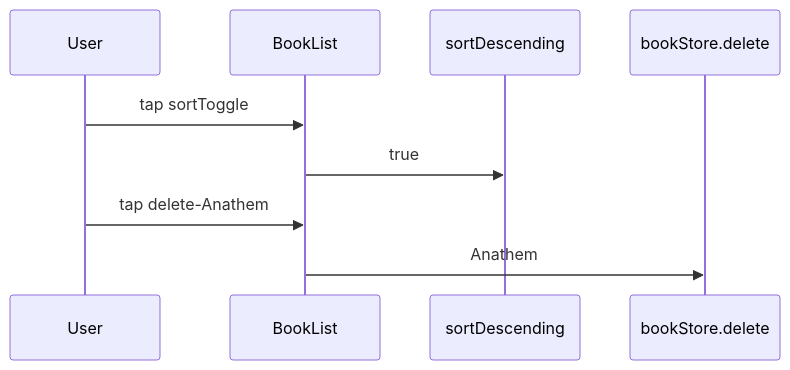
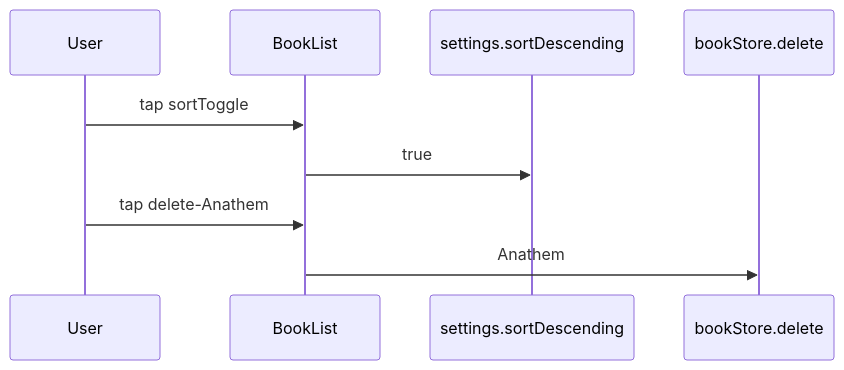
Before and after one commit to sisoje/hypermodular: the diagram in hypermodular/scripts/fixtures/clean/ReadingListScreen/BookList/MAP.md, drawn with Mermaid. The commit also changed 44 other files, not shown here.

````diff
--- a/hypermodular/scripts/fixtures/clean/ReadingListScreen/BookList/MAP.md
+++ b/hypermodular/scripts/fixtures/clean/ReadingListScreen/BookList/MAP.md
@@ -3,9 +3,9 @@
 ```mermaid
 %% Evidence: BookList · Parent: ReadingListScreen (../MAP.md)
-%% Given: @Query [Dune, Anathem] · sortDescending false
+%% Given: @Query [Dune, Anathem] · settings.sortDescending false
 sequenceDiagram
     User->>BookList: tap sortToggle
-    BookList->>sortDescending: true
+    BookList->>settings.sortDescending: true
     User->>BookList: tap delete-Anathem
     BookList->>bookStore.delete: Anathem
 ```
````
